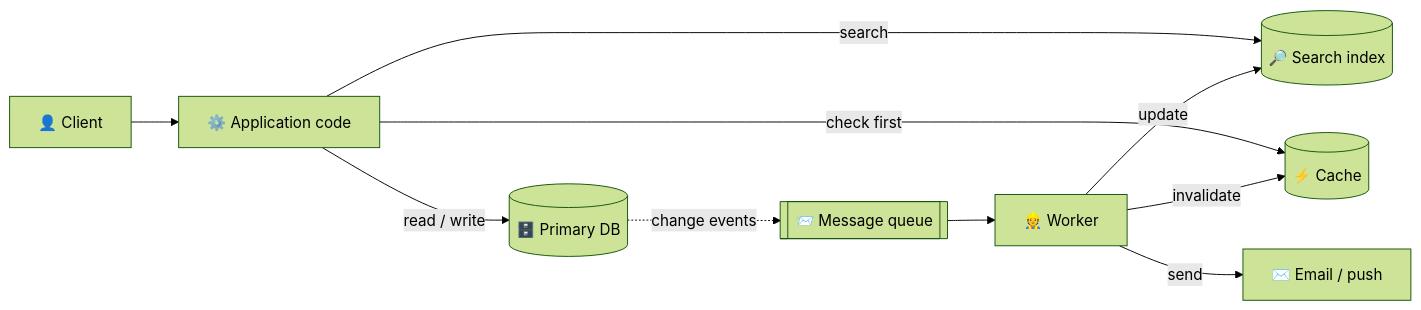
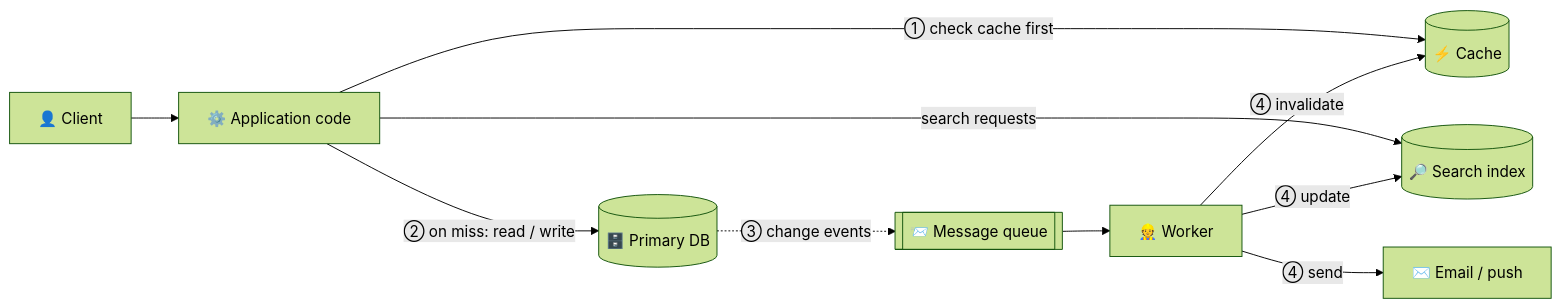
Before and after one commit to pratikguru998/ddia-book: the first of 9 diagrams in docs/chapters/part-1/01-reliable-scalable-maintainable.mdx, drawn with Mermaid (forest theme). The commit also changed other lines of this file and 13 other files, not shown here.

Commit message:
Expand all 12 chapters: every book subsection, deeper notes, ~320 diagrams

````diff
--- a/docs/chapters/part-1/01-reliable-scalable-maintainable.mdx
+++ b/docs/chapters/part-1/01-reliable-scalable-maintainable.mdx
@@ -20,12 +45,12 @@
 ```mermaid
 flowchart LR
   U["👤 Client"] --> API["⚙️ Application code"]
-  API -->|"read / write"| DB[("🗄️ Primary DB")]
-  API -->|"check first"| C[("⚡ Cache")]
-  API -->|"search"| S[("🔎 Search index")]
-  DB -. "change events" .-> Q[["📨 Message queue"]]
+  API -->|"① check cache first"| C[("⚡ Cache")]
+  API -->|"② on miss: read / write"| DB[("🗄️ Primary DB")]
+  API -->|"search requests"| S[("🔎 Search index")]
+  DB -. "③ change events" .-> Q[["📨 Message queue"]]
   Q --> W["👷 Worker"]
-  W -->|"update"| S
-  W -->|"invalidate"| C
-  W -->|"send"| E["✉️ Email / push"]
+  W -->|"④ update"| S
+  W -->|"④ invalidate"| C
+  W -->|"④ send"| E["✉️ Email / push"]
 ```
````
